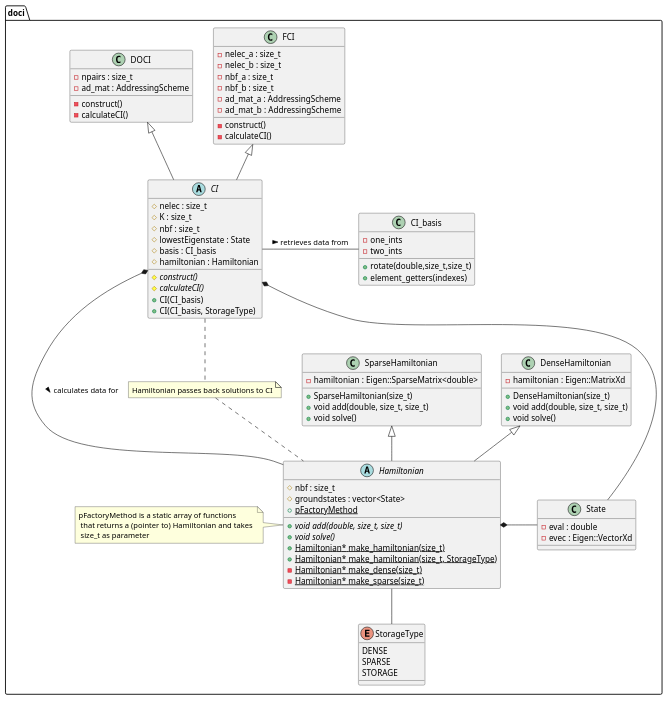
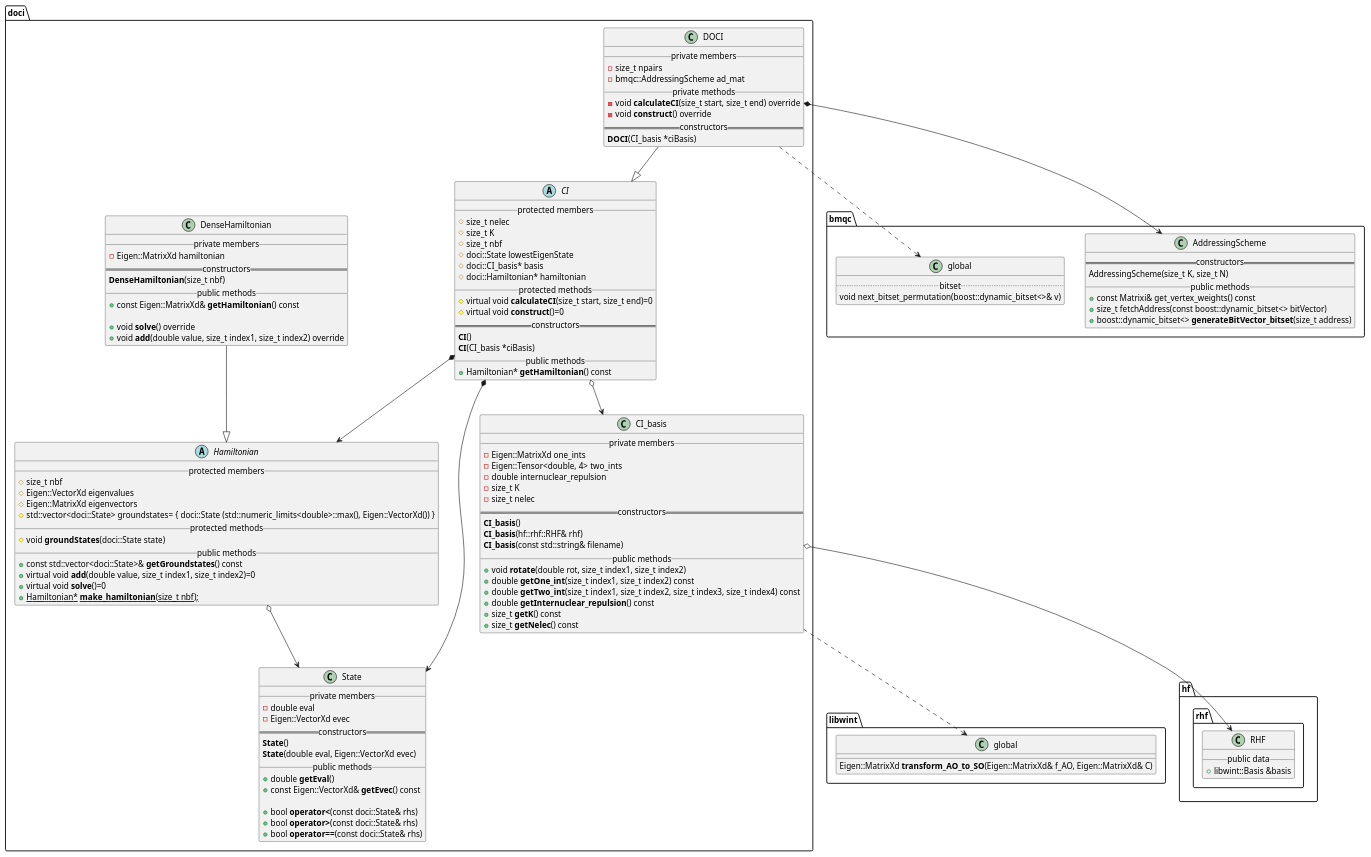
Before and after one commit to tmhuysen/ci: the diagram in docs/ci.puml, drawn with PlantUML. The commit also changed 8 other files, not shown here.

Commit message:
Make a current UML diagram and clean up accordingly.

```diff
--- a/docs/ci.puml
+++ b/docs/ci.puml
@@ -1,99 +1,153 @@
 @startuml
 
 namespace doci {
+    abstract class CI {
+        __ protected members __
+            # size_t nelec
+            # size_t K
+            # size_t nbf
+            # doci::State lowestEigenState
+            # doci::CI_basis* basis
+            # doci::Hamiltonian* hamiltonian
+        __ protected methods __
+            # virtual void **calculateCI**(size_t start, size_t end)=0
+	        # virtual void **construct**()=0
+        == constructors ==
+	        **CI**()
+	        **CI**(CI_basis *ciBasis)
+	    __ public methods __
+	        + Hamiltonian* **getHamiltonian**() const
+    }
 
-CI *-- Hamiltonian : calculates data for >
-CI - CI_basis : retrieves data from >
-CI *- State
-Hamiltonian *- State
-Hamiltonian -- StorageType
-DenseHamiltonian <|-- Hamiltonian
-SparseHamiltonian <|-- Hamiltonian
-FCI <|-- CI
-DOCI <|-- CI
-note "Hamiltonian passes back solutions to CI" as N2
-class CI_basis{
--one_ints
--two_ints
-+rotate(double,size_t,size_t)
-+element_getters(indexes)
-}
-abstract class CI{
-# nelec : size_t
-# K : size_t
-# nbf : size_t
-# lowestEigenstate : State
-# basis : CI_basis
-# hamiltonian : Hamiltonian
-# {abstract} construct()
-# {abstract} calculateCI()
-+ CI(CI_basis)
-+ CI(CI_basis, StorageType)
-}
 
-abstract class Hamiltonian {
-# nbf : size_t
-# groundstates : vector<State>
-+{static} pFactoryMethod
-+{abstract} void add(double, size_t, size_t)
-+{abstract} void solve()
-+{static} Hamiltonian* make_hamiltonian(size_t)
-+{static} Hamiltonian* make_hamiltonian(size_t, StorageType)
--{static} Hamiltonian* make_dense(size_t)
--{static} Hamiltonian* make_sparse(size_t)
+    class DOCI {
+        __ private members __
+            - size_t npairs
+            - bmqc::AddressingScheme ad_mat
+        __ private methods __
+            - void **calculateCI**(size_t start, size_t end) override
+            - void **construct**() override
+        == constructors ==
+            **DOCI**(CI_basis *ciBasis)
+    }
+
+
+    class State {
+        __ private members __
+            - double eval
+            - Eigen::VectorXd evec
+        == constructors ==
+            **State**()
+            **State**(double eval, Eigen::VectorXd evec)
+        __ public methods __
+            + double **getEval**()
+            + const Eigen::VectorXd& **getEvec**() const
+
+            + bool **operator<**(const doci::State& rhs)
+            + bool **operator>**(const doci::State& rhs)
+            + bool **operator==**(const doci::State& rhs)
+    }
+
+
+    class CI_basis {
+        __ private members __
+            - Eigen::MatrixXd one_ints
+            - Eigen::Tensor<double, 4> two_ints
+            - double internuclear_repulsion
+            - size_t K
+            - size_t nelec
+        == constructors ==
+            **CI_basis**()
+            **CI_basis**(hf::rhf::RHF& rhf)
+            **CI_basis**(const std::string& filename)
+        __ public methods __
+            + void **rotate**(double rot, size_t index1, size_t index2)
+            + double **getOne_int**(size_t index1, size_t index2) const
+            + double **getTwo_int**(size_t index1, size_t index2, size_t index3, size_t index4) const
+            + double **getInternuclear_repulsion**() const
+            + size_t **getK**() const
+            + size_t **getNelec**() const
+    }
+
+
+    abstract class Hamiltonian {
+        __ protected members __
+            # size_t nbf
+            # Eigen::VectorXd eigenvalues
+            # Eigen::MatrixXd eigenvectors
+            # std::vector<doci::State> groundstates= { doci::State (std::numeric_limits<double>::max(), Eigen::VectorXd()) }
+        __ protected methods __
+            # void **groundStates**(doci::State state)
+        __ public methods __
+            + const std::vector<doci::State>& **getGroundstates**() const
+            + virtual void **add**(double value, size_t index1, size_t index2)=0
+            + virtual void **solve**()=0
+            + {static} Hamiltonian* **make_hamiltonian**(size_t nbf);
+    }
+
+
+    class DenseHamiltonian {
+        __ private members __
+            - Eigen::MatrixXd hamiltonian
+        == constructors ==
+            **DenseHamiltonian**(size_t nbf)
+        __ public methods __
+            + const Eigen::MatrixXd& **getHamiltonian**() const
+
+            + void **solve**() override
+            + void **add**(double value, size_t index1, size_t index2) override
+    }
 }
 
 
-note left: pFactoryMethod is a static array of functions \n that returns a (pointer to) Hamiltonian and takes \n size_t as parameter
-class DOCI{
--npairs : size_t
--ad_mat : AddressingScheme
--construct()
--calculateCI()
+namespace bmqc {
+    class AddressingScheme {
+        == constructors ==
+            AddressingScheme(size_t K, size_t N)
+        __ public methods __
+            + const Matrixi& get_vertex_weights() const
+            + size_t fetchAddress(const boost::dynamic_bitset<> bitVector)
+            + boost::dynamic_bitset<> **generateBitVector_bitset**(size_t address)
+    }
+
+    class global {
+        .. bitset ..
+            void next_bitset_permutation(boost::dynamic_bitset<>& v)
+    }
+
+
 }
-class FCI{
--nelec_a : size_t
--nelec_b : size_t
--nbf_a : size_t
--nbf_b : size_t
--ad_mat_a : AddressingScheme
--ad_mat_b : AddressingScheme
--construct()
--calculateCI()
+
+namespace libwint {
+    class global {
+        Eigen::MatrixXd **transform_AO_to_SO**(Eigen::MatrixXd& f_AO, Eigen::MatrixXd& C)
+    }
+}
+
+namespace hf {
+    namespace rhf {
+        class RHF {
+            __ public data __
+                + libwint::Basis &basis
+        }
+    }
 }
 
 
+doci.CI_basis ..> libwint.global
+doci.CI_basis o--> hf.rhf.RHF
+
+doci.Hamiltonian o--> doci.State
+
+doci.DenseHamiltonian --|> doci.Hamiltonian
+
+doci.CI *--> doci.State
+doci.CI o--> doci.CI_basis
+doci.CI *--> doci.Hamiltonian
+
+doci.DOCI --|> doci.CI
+doci.DOCI *--> bmqc.AddressingScheme
+doci.DOCI ..> bmqc.global
 
 
-
-
-class DenseHamiltonian {
--hamiltonian : Eigen::MatrixXd
-+DenseHamiltonian(size_t)
-+void add(double, size_t, size_t)
-+void solve()
-}
-class SparseHamiltonian {
--hamiltonian : Eigen::SparseMatrix<double>
-+SparseHamiltonian(size_t)
-+void add(double, size_t, size_t)
-+void solve()
-}
-
-class State{
--eval : double
--evec : Eigen::VectorXd
-}
-CI .. N2
-N2 .. Hamiltonian
-
-
-
-enum StorageType {
-DENSE
-SPARSE
-STORAGE
-}
-
-}
 @enduml
```
